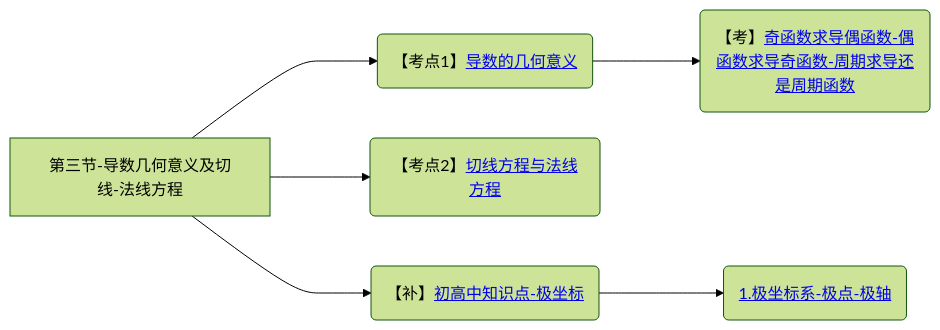
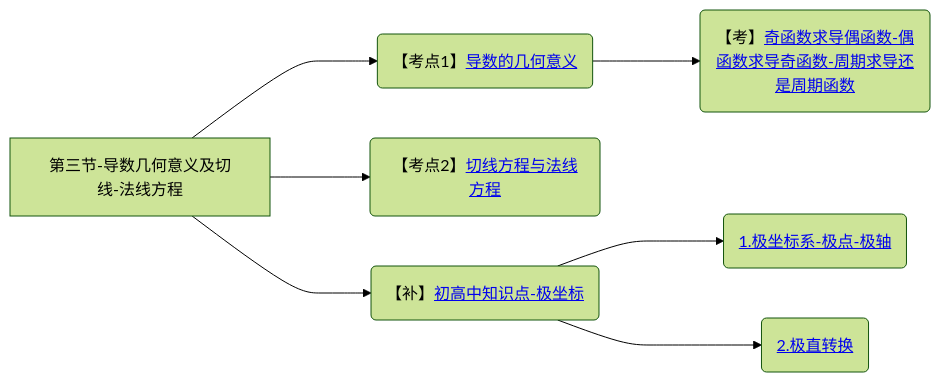
One commit to yuebinghui/note changed diagram 13 of 13 in 笔记/数学/周洋鑫/01.基础班思维导图.md. Above: the diagram before and after it, drawn with Mermaid (forest theme). The commit also changed 7 other files, not shown here.

````diff
--- a/笔记/数学/周洋鑫/01.基础班思维导图.md
+++ b/笔记/数学/周洋鑫/01.基础班思维导图.md
@@ -498,12 +498,13 @@
 ```mermaid
 graph LR
 第三节-导数几何意义及切线-法线方程
 
 第三节-导数几何意义及切线-法线方程--->导数的几何意义(【考点1】<a href="/Users/yuebinghui/Documents/program/github/note/笔记/数学/周洋鑫/基础班/14.导数的几何意义与微分定义.md#导数的几何意义">导数的几何意义</>)
 导数的几何意义--->奇函数求导偶函数-偶函数求导奇函数-周期求导还是周期函数(【考】<a href="/Users/yuebinghui/Documents/program/github/note/笔记/数学/周洋鑫/基础班/14.导数的几何意义与微分定义.md#奇函数求导偶函数-偶函数求导奇函数-周期求导还是周期函数">奇函数求导偶函数-偶函数求导奇函数-周期求导还是周期函数</>)
 
 第三节-导数几何意义及切线-法线方程--->切线方程与法线方程(【考点2】<a href="/Users/yuebinghui/Documents/program/github/note/笔记/数学/周洋鑫/基础班/14.导数的几何意义与微分定义.md#切线方程与法线方程">切线方程与法线方程</>)
 
 第三节-导数几何意义及切线-法线方程--->初高中知识点-极坐标(【补】<a href="/Users/yuebinghui/Documents/program/github/note/笔记/数学/周洋鑫/基础班/14.导数的几何意义与微分定义.md#初高中知识点-极坐标">初高中知识点-极坐标</>)
 初高中知识点-极坐标--->1.极坐标系-极点-极轴(<a href="/Users/yuebinghui/Documents/program/github/note/笔记/数学/周洋鑫/基础班/14.导数的几何意义与微分定义.md#1.极坐标系-极点-极轴">1.极坐标系-极点-极轴</>)
+初高中知识点-极坐标--->2.极直转换(<a href="/Users/yuebinghui/Documents/program/github/note/笔记/数学/周洋鑫/基础班/14.导数的几何意义与微分定义.md#2.极直转换">2.极直转换</>)
 ```
````
